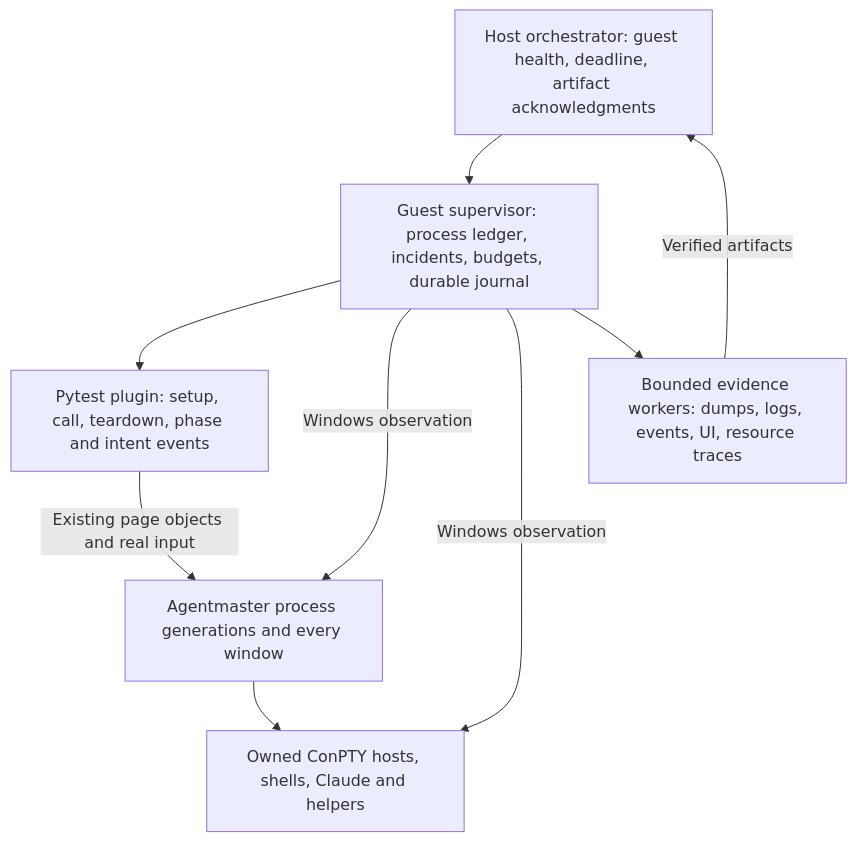
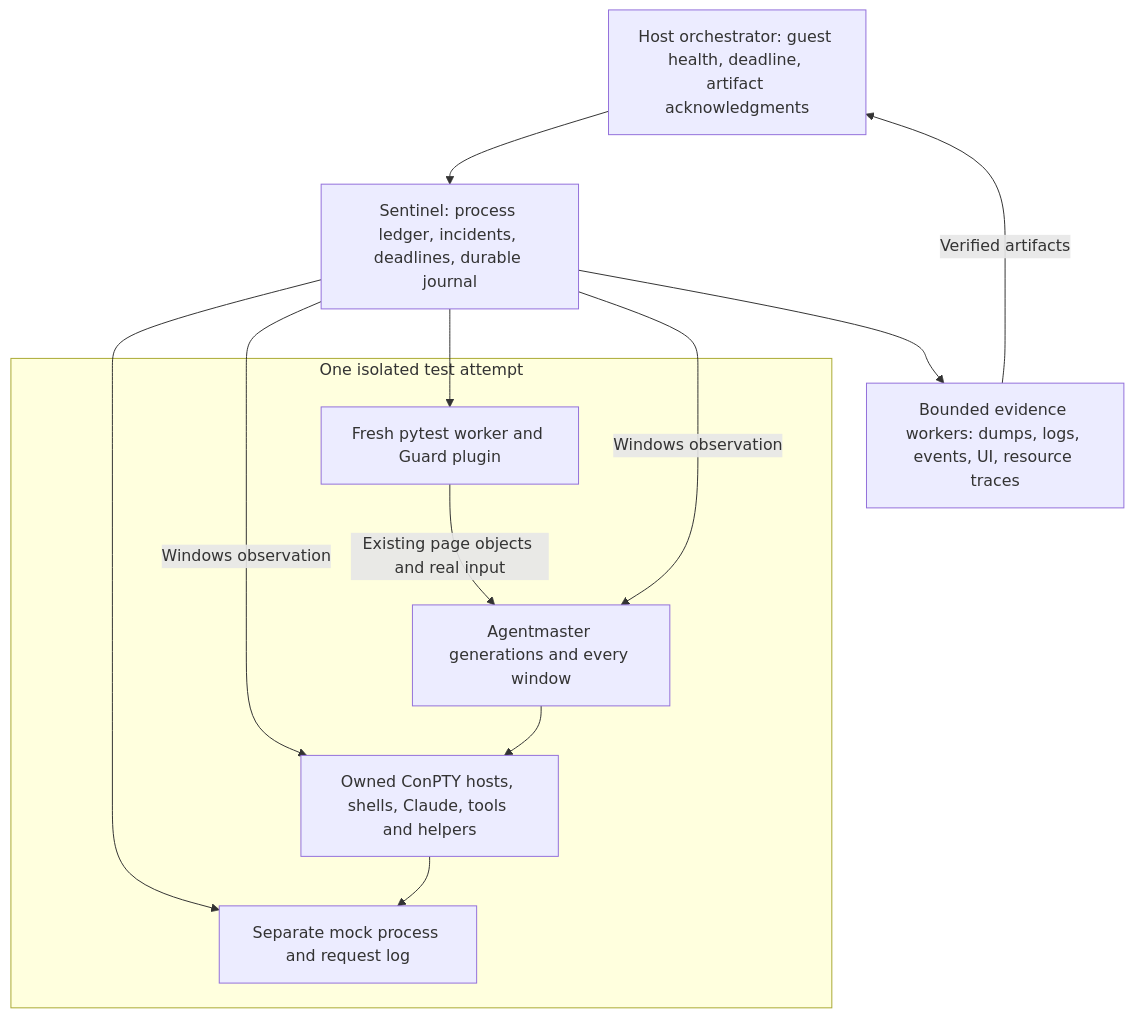
Before and after one commit to Nucs/Agentmaster: the diagram in doc/agentmaster/E2E_RELIABILITY.md, drawn with Mermaid. The commit also changed other lines of this file and 1 other file, not shown here.

````diff
--- a/doc/agentmaster/E2E_RELIABILITY.md
+++ b/doc/agentmaster/E2E_RELIABILITY.md
@@ -100,17 +117,22 @@
 ```mermaid
 flowchart TD
     H[Host orchestrator: guest health, deadline, artifact acknowledgments]
-    S[Guest supervisor: process ledger, incidents, budgets, durable journal]
-    P[Pytest plugin: setup, call, teardown, phase and intent events]
-    A[Agentmaster process generations and every window]
-    C[Owned ConPTY hosts, shells, Claude and helpers]
+    S[Sentinel: process ledger, incidents, deadlines, durable journal]
+    subgraph T[One isolated test attempt]
+      P[Fresh pytest worker and Guard plugin]
+      M[Separate mock process and request log]
+      A[Agentmaster generations and every window]
+      C[Owned ConPTY hosts, shells, Claude, tools and helpers]
+    end
     E[Bounded evidence workers: dumps, logs, events, UI, resource traces]
     H --> S
     S --> P
+    S --> M
     P -->|Existing page objects and real input| A
     S -->|Windows observation| A
     S -->|Windows observation| C
     A --> C
+    C --> M
     S --> E
     E -->|Verified artifacts| H
 ```
````
